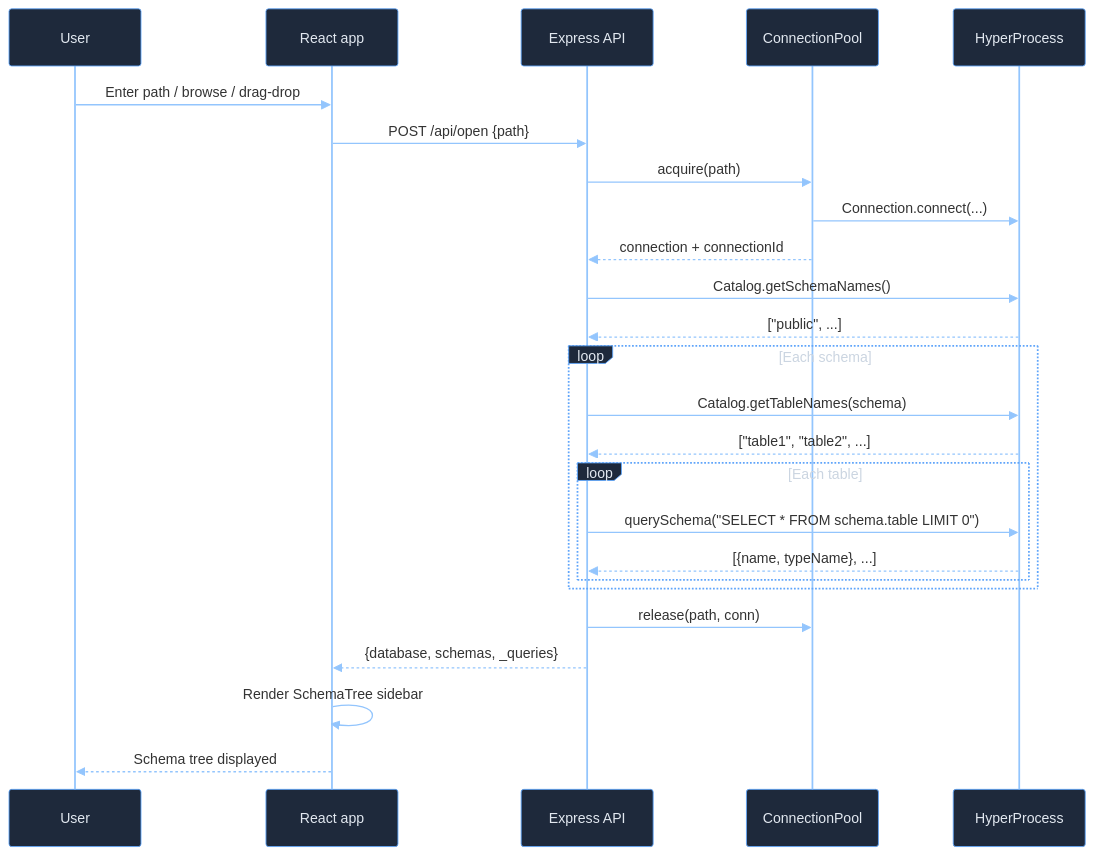
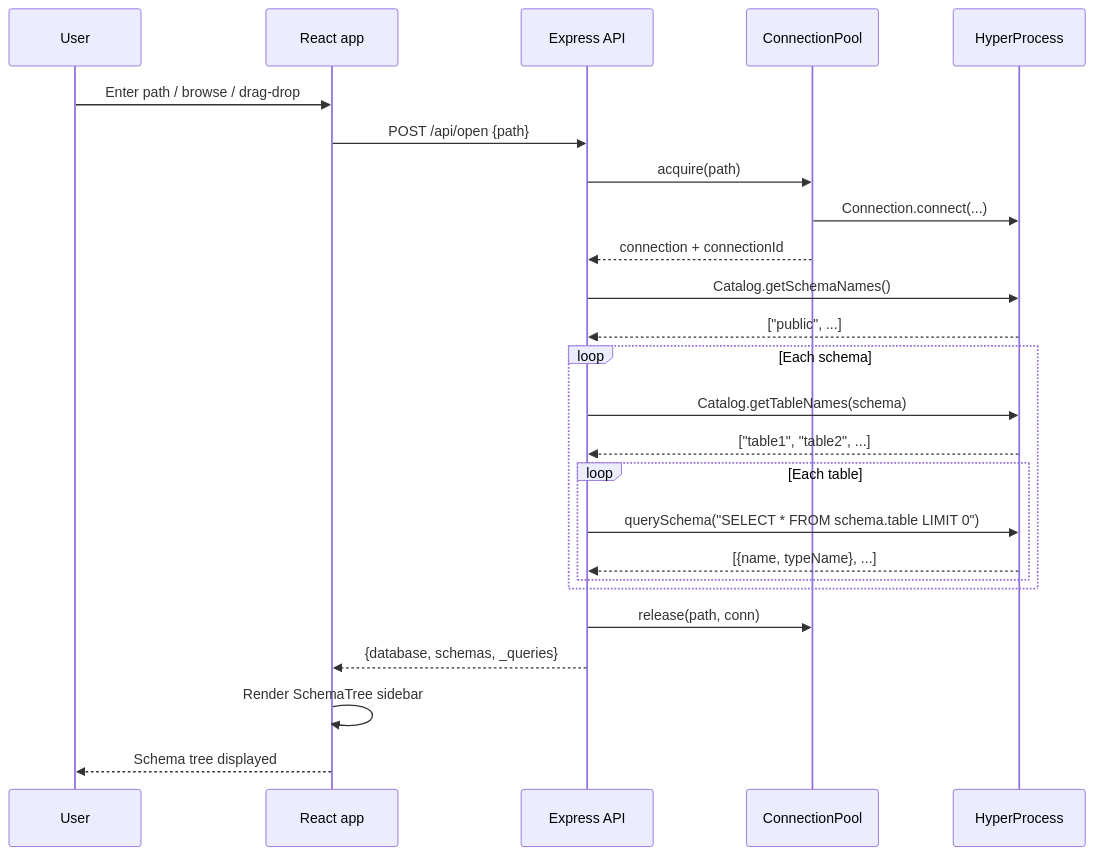
Before and after one commit to StefanSteiner/hyper-api-rust: the second of 4 diagrams in hyperdb-api-node/examples/hyper-explorer/README.md, drawn with Mermaid. The commit also changed other lines of this file and 269 other files, not shown here.

````diff
--- a/hyperdb-api-node/examples/hyper-explorer/README.md
+++ b/hyperdb-api-node/examples/hyper-explorer/README.md
@@ -116,29 +115,28 @@
 ```mermaid
-%%{init: {'theme': 'base', 'themeVariables': { 'lineColor': '#93c5fd', 'signalColor': '#93c5fd', 'actorLineColor': '#93c5fd', 'actorBorder': '#60a5fa', 'actorBkg': '#1e293b', 'actorTextColor': '#e2e8f0', 'loopTextColor': '#cbd5e1', 'noteBkgColor': '#1e3a5f', 'noteTextColor': '#e2e8f0', 'noteBorderColor': '#60a5fa', 'activationBkgColor': '#334155', 'activationBorderColor': '#60a5fa', 'sequenceNumberColor': '#93c5fd' }}}%%
 sequenceDiagram
     participant U as User
     participant R as React app
     participant E as Express API
     participant P as ConnectionPool
     participant H as HyperProcess
 
     U->>R: Enter path / browse / drag-drop
     R->>E: POST /api/open {path}
     E->>P: acquire(path)
     P->>H: Connection.connect(...)
     P-->>E: connection + connectionId
     E->>H: Catalog.getSchemaNames()
     H-->>E: ["public", ...]
     loop Each schema
         E->>H: Catalog.getTableNames(schema)
         H-->>E: ["table1", "table2", ...]
         loop Each table
             E->>H: querySchema("SELECT * FROM schema.table LIMIT 0")
             H-->>E: [{name, typeName}, ...]
         end
     end
     E->>P: release(path, conn)
     E-->>R: {database, schemas, _queries}
     R->>R: Render SchemaTree sidebar
     R-->>U: Schema tree displayed
 ```
````
